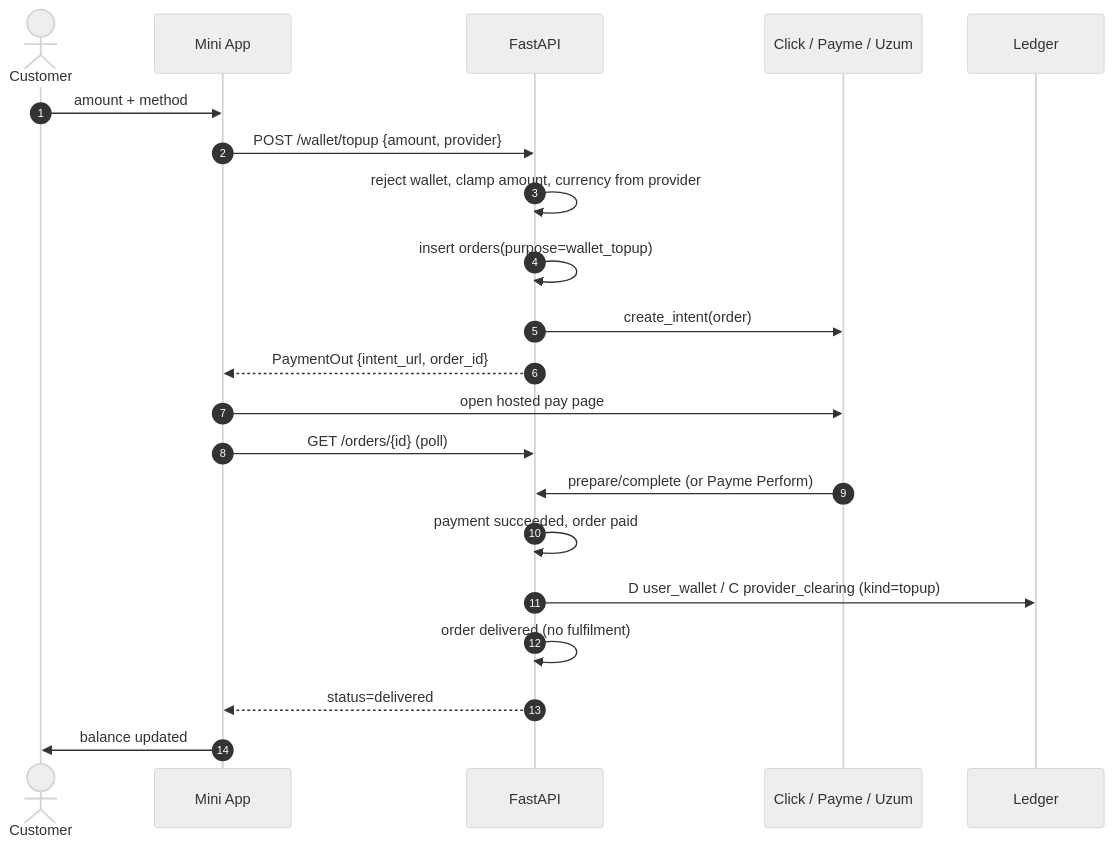
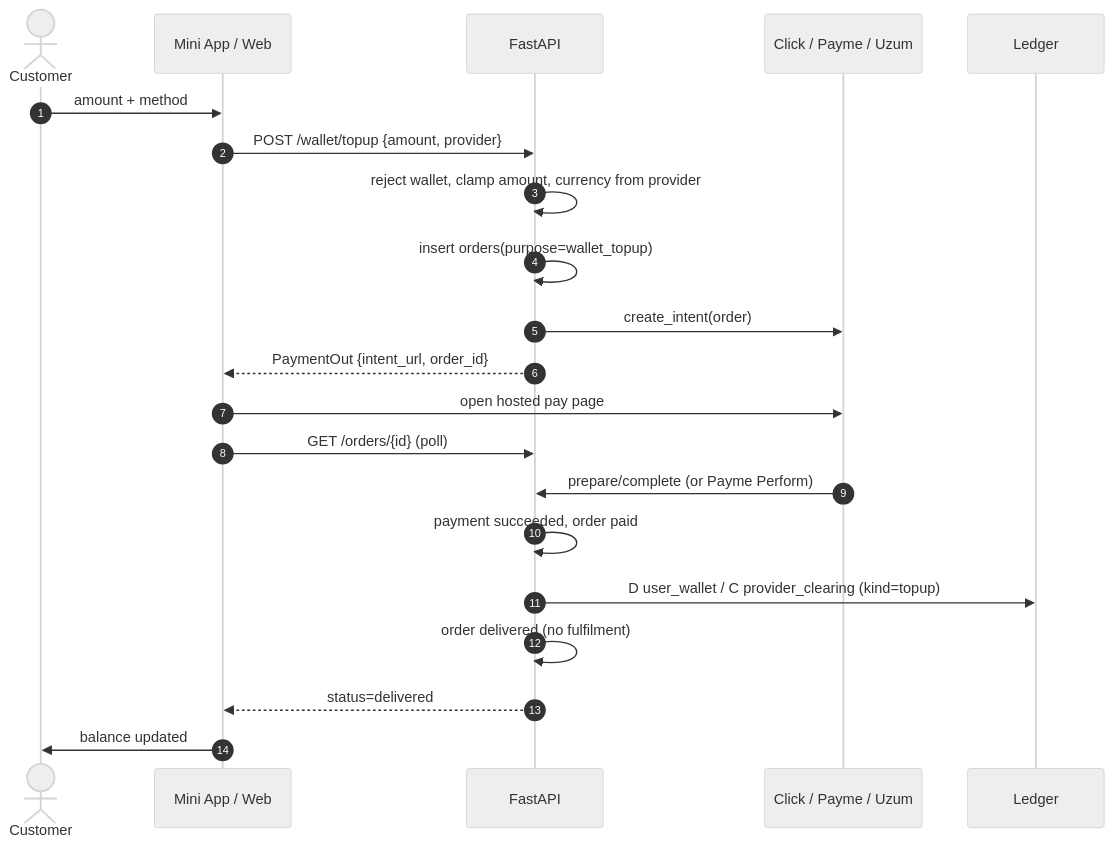
Before and after one commit to jamaomonov/yupay: the first of 2 diagrams in docs/product/flows/wallet-topup.md, drawn with Mermaid (neutral theme). The commit also changed other lines of this file and 16 other files, not shown here.

````diff
--- a/docs/product/flows/wallet-topup.md
+++ b/docs/product/flows/wallet-topup.md
@@ -6,24 +6,24 @@
 ```mermaid
 sequenceDiagram
     autonumber
     actor C as Customer
-    participant MA as Mini App
+    participant MA as Mini App / Web
     participant API as FastAPI
     participant P as Click / Payme / Uzum
     participant L as Ledger
 
     C->>MA: amount + method
     MA->>API: POST /wallet/topup {amount, provider}
     API->>API: reject wallet, clamp amount, currency from provider
     API->>API: insert orders(purpose=wallet_topup)
     API->>P: create_intent(order)
     API-->>MA: PaymentOut {intent_url, order_id}
     MA->>P: open hosted pay page
     MA->>API: GET /orders/{id} (poll)
     P->>API: prepare/complete (or Payme Perform)
     API->>API: payment succeeded, order paid
     API->>L: D user_wallet / C provider_clearing (kind=topup)
     API->>API: order delivered (no fulfilment)
     API-->>MA: status=delivered
     MA->>C: balance updated
 ```
````
